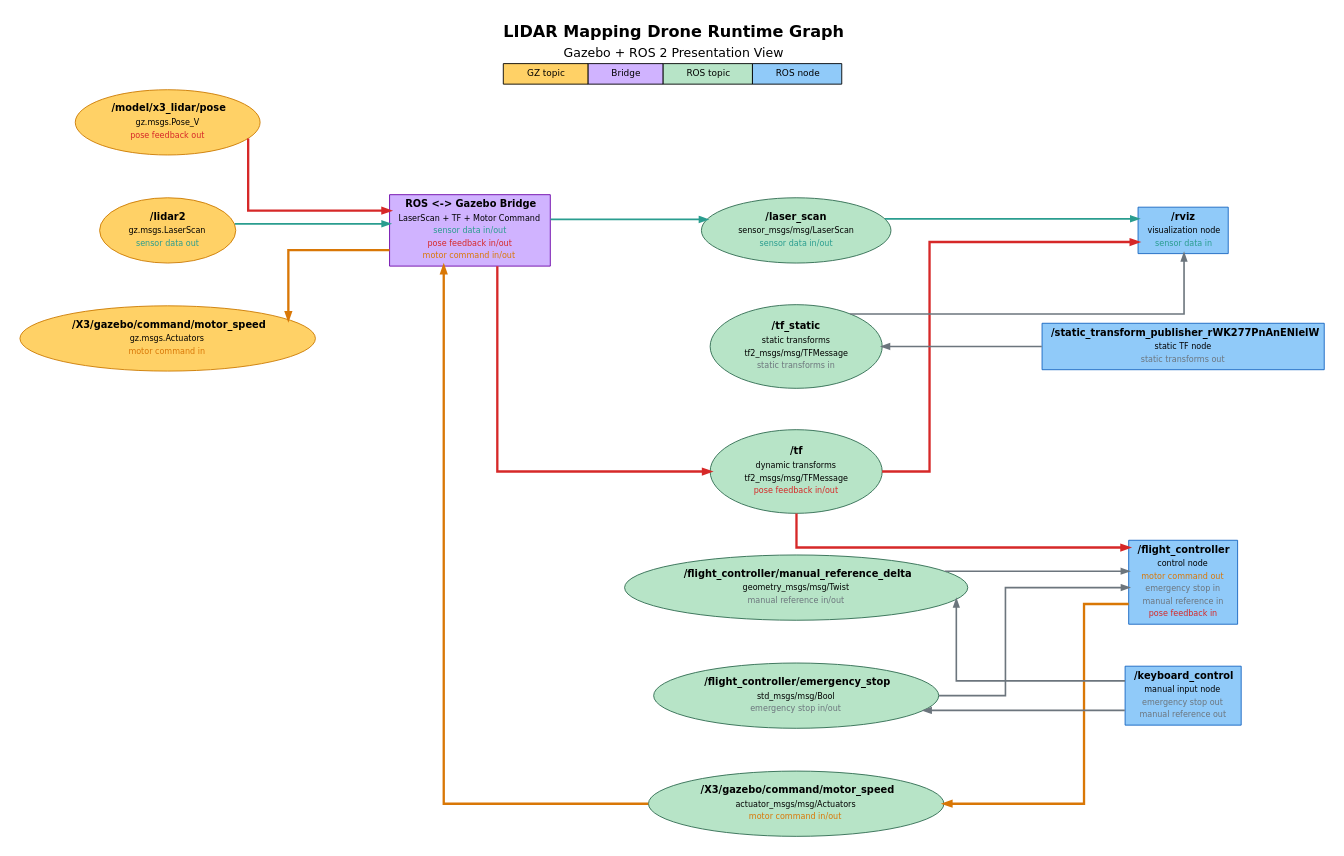
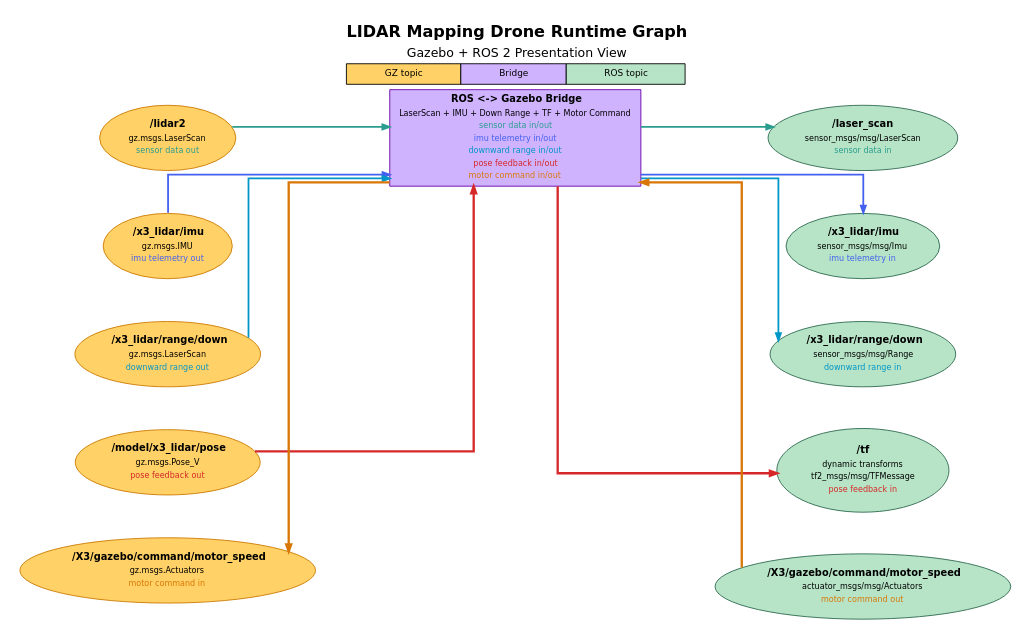
The diagram in tools/generated/ros_gz_system_graph.dot (KelennaUdo/LIDAR_mapping_drone), drawn with Graphviz before and after one commit. The commit also changed 27 other files, not shown here.

```diff
--- a/tools/generated/ros_gz_system_graph.dot
+++ b/tools/generated/ros_gz_system_graph.dot
@@ -1,5 +1,5 @@
 digraph RosGzSystemGraph {
-  graph [rankdir=LR, bgcolor="white", pad="0.2", nodesep="0.65", ranksep="1.15", splines="ortho", label=<<TABLE BORDER="0" CELLBORDER="0" CELLSPACING="0"><TR><TD><FONT POINT-SIZE="18"><B>LIDAR Mapping Drone Runtime Graph</B></FONT></TD></TR><TR><TD><FONT POINT-SIZE="14">Gazebo + ROS 2 Presentation View</FONT></TD></TR><TR><TD><TABLE BORDER="0" CELLBORDER="1" CELLSPACING="0" CELLPADDING="5"><TR><TD BGCOLOR="#ffd166"><FONT POINT-SIZE="10">GZ topic</FONT></TD><TD BGCOLOR="#d0b3ff"><FONT POINT-SIZE="10">Bridge</FONT></TD><TD BGCOLOR="#b7e4c7"><FONT POINT-SIZE="10">ROS topic</FONT></TD><TD BGCOLOR="#90caf9"><FONT POINT-SIZE="10">ROS node</FONT></TD></TR></TABLE></TD></TR></TABLE>>, labelloc="t", labeljust="c", fontsize="18", fontname="DejaVu Sans"];
+  graph [rankdir=LR, bgcolor="white", pad="0.2", nodesep="0.65", ranksep="1.15", splines="ortho", label=<<TABLE BORDER="0" CELLBORDER="0" CELLSPACING="0"><TR><TD><FONT POINT-SIZE="18"><B>LIDAR Mapping Drone Runtime Graph</B></FONT></TD></TR><TR><TD><FONT POINT-SIZE="14">Gazebo + ROS 2 Presentation View</FONT></TD></TR><TR><TD><TABLE BORDER="0" CELLBORDER="1" CELLSPACING="0" CELLPADDING="5"><TR><TD BGCOLOR="#ffd166"><FONT POINT-SIZE="10">GZ topic</FONT></TD><TD BGCOLOR="#d0b3ff"><FONT POINT-SIZE="10">Bridge</FONT></TD><TD BGCOLOR="#b7e4c7"><FONT POINT-SIZE="10">ROS topic</FONT></TD></TR></TABLE></TD></TR></TABLE>>, labelloc="t", labeljust="c", fontsize="18", fontname="DejaVu Sans"];
   node [fontname="DejaVu Sans", fontsize="11", style="filled"];
   edge [fontname="DejaVu Sans", fontsize="9", color="#555555", arrowsize="0.8"];
 
@@ -8,6 +8,8 @@
     color="#f4a261";
     style="rounded";
     "gz_topic_lidar2" [label=<<TABLE BORDER="0" CELLBORDER="0" CELLSPACING="0" CELLPADDING="2"><TR><TD><FONT POINT-SIZE="11"><B>/lidar2</B></FONT></TD></TR><TR><TD><FONT POINT-SIZE="9">gz.msgs.LaserScan</FONT></TD></TR><TR><TD><FONT POINT-SIZE="9" COLOR="#2a9d8f">sensor data out</FONT></TD></TR></TABLE>>, shape="ellipse", fillcolor="#ffd166", color="#cc7a00"];
+    "gz_topic_x3_lidar_imu" [label=<<TABLE BORDER="0" CELLBORDER="0" CELLSPACING="0" CELLPADDING="2"><TR><TD><FONT POINT-SIZE="11"><B>/x3_lidar/imu</B></FONT></TD></TR><TR><TD><FONT POINT-SIZE="9">gz.msgs.IMU</FONT></TD></TR><TR><TD><FONT POINT-SIZE="9" COLOR="#4361ee">imu telemetry out</FONT></TD></TR></TABLE>>, shape="ellipse", fillcolor="#ffd166", color="#cc7a00"];
+    "gz_topic_x3_lidar_range_down" [label=<<TABLE BORDER="0" CELLBORDER="0" CELLSPACING="0" CELLPADDING="2"><TR><TD><FONT POINT-SIZE="11"><B>/x3_lidar/range/down</B></FONT></TD></TR><TR><TD><FONT POINT-SIZE="9">gz.msgs.LaserScan</FONT></TD></TR><TR><TD><FONT POINT-SIZE="9" COLOR="#0096c7">downward range out</FONT></TD></TR></TABLE>>, shape="ellipse", fillcolor="#ffd166", color="#cc7a00"];
     "gz_topic_model_x3_lidar_pose" [label=<<TABLE BORDER="0" CELLBORDER="0" CELLSPACING="0" CELLPADDING="2"><TR><TD><FONT POINT-SIZE="11"><B>/model/x3_lidar/pose</B></FONT></TD></TR><TR><TD><FONT POINT-SIZE="9">gz.msgs.Pose_V</FONT></TD></TR><TR><TD><FONT POINT-SIZE="9" COLOR="#d62828">pose feedback out</FONT></TD></TR></TABLE>>, shape="ellipse", fillcolor="#ffd166", color="#cc7a00"];
     "gz_topic_X3_gazebo_command_motor_speed" [label=<<TABLE BORDER="0" CELLBORDER="0" CELLSPACING="0" CELLPADDING="2"><TR><TD><FONT POINT-SIZE="11"><B>/X3/gazebo/command/motor_speed</B></FONT></TD></TR><TR><TD><FONT POINT-SIZE="9">gz.msgs.Actuators</FONT></TD></TR><TR><TD><FONT POINT-SIZE="9" COLOR="#d97706">motor command in</FONT></TD></TR></TABLE>>, shape="ellipse", fillcolor="#ffd166", color="#cc7a00"];
   }
@@ -16,52 +18,39 @@
     label="Bridge";
     color="#9d4edd";
     style="rounded";
-    "bridge_ros_gz_bridge" [label=<<TABLE BORDER="0" CELLBORDER="0" CELLSPACING="0" CELLPADDING="2"><TR><TD><FONT POINT-SIZE="11"><B>ROS &lt;-&gt; Gazebo Bridge</B></FONT></TD></TR><TR><TD><FONT POINT-SIZE="9">LaserScan + TF + Motor Command</FONT></TD></TR><TR><TD><FONT POINT-SIZE="9" COLOR="#2a9d8f">sensor data in/out</FONT></TD></TR><TR><TD><FONT POINT-SIZE="9" COLOR="#d62828">pose feedback in/out</FONT></TD></TR><TR><TD><FONT POINT-SIZE="9" COLOR="#d97706">motor command in/out</FONT></TD></TR></TABLE>>, shape="box", fillcolor="#d0b3ff", color="#6a00a8"];
+    "bridge_ros_gz_bridge" [label=<<TABLE BORDER="0" CELLBORDER="0" CELLSPACING="0" CELLPADDING="2"><TR><TD><FONT POINT-SIZE="11"><B>ROS &lt;-&gt; Gazebo Bridge</B></FONT></TD></TR><TR><TD><FONT POINT-SIZE="9">LaserScan + IMU + Down Range + TF + Motor Command</FONT></TD></TR><TR><TD><FONT POINT-SIZE="9" COLOR="#2a9d8f">sensor data in/out</FONT></TD></TR><TR><TD><FONT POINT-SIZE="9" COLOR="#4361ee">imu telemetry in/out</FONT></TD></TR><TR><TD><FONT POINT-SIZE="9" COLOR="#0096c7">downward range in/out</FONT></TD></TR><TR><TD><FONT POINT-SIZE="9" COLOR="#d62828">pose feedback in/out</FONT></TD></TR><TR><TD><FONT POINT-SIZE="9" COLOR="#d97706">motor command in/out</FONT></TD></TR></TABLE>>, shape="box", fillcolor="#d0b3ff", color="#6a00a8"];
   }
 
   subgraph cluster_ros_topics {
     label="ROS 2 Topics";
     color="#2d6a4f";
     style="rounded";
-    "ros_topic_laser_scan" [label=<<TABLE BORDER="0" CELLBORDER="0" CELLSPACING="0" CELLPADDING="2"><TR><TD><FONT POINT-SIZE="11"><B>/laser_scan</B></FONT></TD></TR><TR><TD><FONT POINT-SIZE="9">sensor_msgs/msg/LaserScan</FONT></TD></TR><TR><TD><FONT POINT-SIZE="9" COLOR="#2a9d8f">sensor data in/out</FONT></TD></TR></TABLE>>, shape="ellipse", fillcolor="#b7e4c7", color="#2d6a4f"];
-    "ros_topic_tf" [label=<<TABLE BORDER="0" CELLBORDER="0" CELLSPACING="0" CELLPADDING="2"><TR><TD><FONT POINT-SIZE="11"><B>/tf</B></FONT></TD></TR><TR><TD><FONT POINT-SIZE="9">dynamic transforms</FONT></TD></TR><TR><TD><FONT POINT-SIZE="9">tf2_msgs/msg/TFMessage</FONT></TD></TR><TR><TD><FONT POINT-SIZE="9" COLOR="#d62828">pose feedback in/out</FONT></TD></TR></TABLE>>, shape="ellipse", fillcolor="#b7e4c7", color="#2d6a4f"];
-    "ros_topic_tf_static" [label=<<TABLE BORDER="0" CELLBORDER="0" CELLSPACING="0" CELLPADDING="2"><TR><TD><FONT POINT-SIZE="11"><B>/tf_static</B></FONT></TD></TR><TR><TD><FONT POINT-SIZE="9">static transforms</FONT></TD></TR><TR><TD><FONT POINT-SIZE="9">tf2_msgs/msg/TFMessage</FONT></TD></TR><TR><TD><FONT POINT-SIZE="9" COLOR="#6c757d">static transforms in</FONT></TD></TR></TABLE>>, shape="ellipse", fillcolor="#b7e4c7", color="#2d6a4f"];
-    "ros_topic_flight_controller_manual_reference_delta" [label=<<TABLE BORDER="0" CELLBORDER="0" CELLSPACING="0" CELLPADDING="2"><TR><TD><FONT POINT-SIZE="11"><B>/flight_controller/manual_reference_delta</B></FONT></TD></TR><TR><TD><FONT POINT-SIZE="9">geometry_msgs/msg/Twist</FONT></TD></TR><TR><TD><FONT POINT-SIZE="9" COLOR="#6c757d">manual reference in/out</FONT></TD></TR></TABLE>>, shape="ellipse", fillcolor="#b7e4c7", color="#2d6a4f"];
-    "ros_topic_flight_controller_emergency_stop" [label=<<TABLE BORDER="0" CELLBORDER="0" CELLSPACING="0" CELLPADDING="2"><TR><TD><FONT POINT-SIZE="11"><B>/flight_controller/emergency_stop</B></FONT></TD></TR><TR><TD><FONT POINT-SIZE="9">std_msgs/msg/Bool</FONT></TD></TR><TR><TD><FONT POINT-SIZE="9" COLOR="#6c757d">emergency stop in/out</FONT></TD></TR></TABLE>>, shape="ellipse", fillcolor="#b7e4c7", color="#2d6a4f"];
-    "ros_topic_X3_gazebo_command_motor_speed" [label=<<TABLE BORDER="0" CELLBORDER="0" CELLSPACING="0" CELLPADDING="2"><TR><TD><FONT POINT-SIZE="11"><B>/X3/gazebo/command/motor_speed</B></FONT></TD></TR><TR><TD><FONT POINT-SIZE="9">actuator_msgs/msg/Actuators</FONT></TD></TR><TR><TD><FONT POINT-SIZE="9" COLOR="#d97706">motor command in/out</FONT></TD></TR></TABLE>>, shape="ellipse", fillcolor="#b7e4c7", color="#2d6a4f"];
+    "ros_topic_laser_scan" [label=<<TABLE BORDER="0" CELLBORDER="0" CELLSPACING="0" CELLPADDING="2"><TR><TD><FONT POINT-SIZE="11"><B>/laser_scan</B></FONT></TD></TR><TR><TD><FONT POINT-SIZE="9">sensor_msgs/msg/LaserScan</FONT></TD></TR><TR><TD><FONT POINT-SIZE="9" COLOR="#2a9d8f">sensor data in</FONT></TD></TR></TABLE>>, shape="ellipse", fillcolor="#b7e4c7", color="#2d6a4f"];
+    "ros_topic_x3_lidar_imu" [label=<<TABLE BORDER="0" CELLBORDER="0" CELLSPACING="0" CELLPADDING="2"><TR><TD><FONT POINT-SIZE="11"><B>/x3_lidar/imu</B></FONT></TD></TR><TR><TD><FONT POINT-SIZE="9">sensor_msgs/msg/Imu</FONT></TD></TR><TR><TD><FONT POINT-SIZE="9" COLOR="#4361ee">imu telemetry in</FONT></TD></TR></TABLE>>, shape="ellipse", fillcolor="#b7e4c7", color="#2d6a4f"];
+    "ros_topic_x3_lidar_range_down" [label=<<TABLE BORDER="0" CELLBORDER="0" CELLSPACING="0" CELLPADDING="2"><TR><TD><FONT POINT-SIZE="11"><B>/x3_lidar/range/down</B></FONT></TD></TR><TR><TD><FONT POINT-SIZE="9">sensor_msgs/msg/Range</FONT></TD></TR><TR><TD><FONT POINT-SIZE="9" COLOR="#0096c7">downward range in</FONT></TD></TR></TABLE>>, shape="ellipse", fillcolor="#b7e4c7", color="#2d6a4f"];
+    "ros_topic_tf" [label=<<TABLE BORDER="0" CELLBORDER="0" CELLSPACING="0" CELLPADDING="2"><TR><TD><FONT POINT-SIZE="11"><B>/tf</B></FONT></TD></TR><TR><TD><FONT POINT-SIZE="9">dynamic transforms</FONT></TD></TR><TR><TD><FONT POINT-SIZE="9">tf2_msgs/msg/TFMessage</FONT></TD></TR><TR><TD><FONT POINT-SIZE="9" COLOR="#d62828">pose feedback in</FONT></TD></TR></TABLE>>, shape="ellipse", fillcolor="#b7e4c7", color="#2d6a4f"];
+    "ros_topic_X3_gazebo_command_motor_speed" [label=<<TABLE BORDER="0" CELLBORDER="0" CELLSPACING="0" CELLPADDING="2"><TR><TD><FONT POINT-SIZE="11"><B>/X3/gazebo/command/motor_speed</B></FONT></TD></TR><TR><TD><FONT POINT-SIZE="9">actuator_msgs/msg/Actuators</FONT></TD></TR><TR><TD><FONT POINT-SIZE="9" COLOR="#d97706">motor command out</FONT></TD></TR></TABLE>>, shape="ellipse", fillcolor="#b7e4c7", color="#2d6a4f"];
   }
 
   subgraph cluster_ros_nodes {
     label="ROS 2 Nodes";
     color="#1976d2";
     style="rounded";
-    "ros_node_flight_controller" [label=<<TABLE BORDER="0" CELLBORDER="0" CELLSPACING="0" CELLPADDING="2"><TR><TD><FONT POINT-SIZE="11"><B>/flight_controller</B></FONT></TD></TR><TR><TD><FONT POINT-SIZE="9">control node</FONT></TD></TR><TR><TD><FONT POINT-SIZE="9" COLOR="#d97706">motor command out</FONT></TD></TR><TR><TD><FONT POINT-SIZE="9" COLOR="#6c757d">emergency stop in</FONT></TD></TR><TR><TD><FONT POINT-SIZE="9" COLOR="#6c757d">manual reference in</FONT></TD></TR><TR><TD><FONT POINT-SIZE="9" COLOR="#d62828">pose feedback in</FONT></TD></TR></TABLE>>, shape="box", fillcolor="#90caf9", color="#1565c0"];
-    "ros_node_keyboard_control" [label=<<TABLE BORDER="0" CELLBORDER="0" CELLSPACING="0" CELLPADDING="2"><TR><TD><FONT POINT-SIZE="11"><B>/keyboard_control</B></FONT></TD></TR><TR><TD><FONT POINT-SIZE="9">manual input node</FONT></TD></TR><TR><TD><FONT POINT-SIZE="9" COLOR="#6c757d">emergency stop out</FONT></TD></TR><TR><TD><FONT POINT-SIZE="9" COLOR="#6c757d">manual reference out</FONT></TD></TR></TABLE>>, shape="box", fillcolor="#90caf9", color="#1565c0"];
-    "ros_node_rviz" [label=<<TABLE BORDER="0" CELLBORDER="0" CELLSPACING="0" CELLPADDING="2"><TR><TD><FONT POINT-SIZE="11"><B>/rviz</B></FONT></TD></TR><TR><TD><FONT POINT-SIZE="9">visualization node</FONT></TD></TR><TR><TD><FONT POINT-SIZE="9" COLOR="#2a9d8f">sensor data in</FONT></TD></TR></TABLE>>, shape="box", fillcolor="#90caf9", color="#1565c0"];
-    "ros_node_static_transform_publisher_rWK277PnAnENlelW" [label=<<TABLE BORDER="0" CELLBORDER="0" CELLSPACING="0" CELLPADDING="2"><TR><TD><FONT POINT-SIZE="11"><B>/static_transform_publisher_rWK277PnAnENlelW</B></FONT></TD></TR><TR><TD><FONT POINT-SIZE="9">static TF node</FONT></TD></TR><TR><TD><FONT POINT-SIZE="9" COLOR="#6c757d">static transforms out</FONT></TD></TR></TABLE>>, shape="box", fillcolor="#90caf9", color="#1565c0"];
   }
 
-  { rank=same; "gz_topic_lidar2"; "gz_topic_model_x3_lidar_pose"; "gz_topic_X3_gazebo_command_motor_speed"; }
+  { rank=same; "gz_topic_lidar2"; "gz_topic_x3_lidar_imu"; "gz_topic_x3_lidar_range_down"; "gz_topic_model_x3_lidar_pose"; "gz_topic_X3_gazebo_command_motor_speed"; }
   { rank=same; "bridge_ros_gz_bridge"; }
-  { rank=same; "ros_topic_laser_scan"; "ros_topic_tf"; "ros_topic_tf_static"; "ros_topic_flight_controller_manual_reference_delta"; "ros_topic_flight_controller_emergency_stop"; "ros_topic_X3_gazebo_command_motor_speed"; }
-  { rank=same; "ros_node_flight_controller"; "ros_node_keyboard_control"; "ros_node_rviz"; "ros_node_static_transform_publisher_rWK277PnAnENlelW"; }
+  { rank=same; "ros_topic_laser_scan"; "ros_topic_x3_lidar_imu"; "ros_topic_x3_lidar_range_down"; "ros_topic_tf"; "ros_topic_X3_gazebo_command_motor_speed"; }
   "gz_topic_lidar2" -> "bridge_ros_gz_bridge" [style="invis", weight="80"];
   "bridge_ros_gz_bridge" -> "ros_topic_laser_scan" [style="invis", weight="80"];
-  "ros_topic_laser_scan" -> "ros_node_rviz" [style="invis", weight="80"];
   "gz_topic_lidar2" -> "bridge_ros_gz_bridge" [color="#2a9d8f", penwidth="2.0", tooltip="/lidar2 -> ROS <-> Gazebo Bridge\nSignal: sensor data"];
   "bridge_ros_gz_bridge" -> "ros_topic_laser_scan" [color="#2a9d8f", penwidth="2.0", tooltip="ROS <-> Gazebo Bridge -> /laser_scan\nSignal: sensor data"];
+  "gz_topic_x3_lidar_imu" -> "bridge_ros_gz_bridge" [color="#4361ee", penwidth="2.0", tooltip="/x3_lidar/imu -> ROS <-> Gazebo Bridge\nSignal: imu telemetry"];
+  "bridge_ros_gz_bridge" -> "ros_topic_x3_lidar_imu" [color="#4361ee", penwidth="2.0", tooltip="ROS <-> Gazebo Bridge -> /x3_lidar/imu\nSignal: imu telemetry"];
+  "gz_topic_x3_lidar_range_down" -> "bridge_ros_gz_bridge" [color="#0096c7", penwidth="2.0", tooltip="/x3_lidar/range/down -> ROS <-> Gazebo Bridge\nSignal: downward range"];
+  "bridge_ros_gz_bridge" -> "ros_topic_x3_lidar_range_down" [color="#0096c7", penwidth="2.0", tooltip="ROS <-> Gazebo Bridge -> /x3_lidar/range/down\nSignal: downward range"];
   "gz_topic_model_x3_lidar_pose" -> "bridge_ros_gz_bridge" [color="#d62828", penwidth="2.6", tooltip="/model/x3_lidar/pose -> ROS <-> Gazebo Bridge\nSignal: pose feedback"];
   "bridge_ros_gz_bridge" -> "ros_topic_tf" [color="#d62828", penwidth="2.6", tooltip="ROS <-> Gazebo Bridge -> /tf\nSignal: pose feedback"];
   "ros_topic_X3_gazebo_command_motor_speed" -> "bridge_ros_gz_bridge" [color="#d97706", penwidth="2.6", constraint="false", tooltip="/X3/gazebo/command/motor_speed -> ROS <-> Gazebo Bridge\nSignal: motor command"];
   "bridge_ros_gz_bridge" -> "gz_topic_X3_gazebo_command_motor_speed" [color="#d97706", penwidth="2.6", constraint="false", tooltip="ROS <-> Gazebo Bridge -> /X3/gazebo/command/motor_speed\nSignal: motor command"];
-  "ros_node_flight_controller" -> "ros_topic_X3_gazebo_command_motor_speed" [color="#d97706", penwidth="2.6", constraint="false", tooltip="/flight_controller -> /X3/gazebo/command/motor_speed\nSignal: motor command"];
-  "ros_topic_flight_controller_emergency_stop" -> "ros_node_flight_controller" [color="#6c757d", penwidth="1.8", tooltip="/flight_controller/emergency_stop -> /flight_controller\nSignal: emergency stop"];
-  "ros_topic_flight_controller_manual_reference_delta" -> "ros_node_flight_controller" [color="#6c757d", penwidth="1.8", tooltip="/flight_controller/manual_reference_delta -> /flight_controller\nSignal: manual reference"];
-  "ros_topic_tf" -> "ros_node_flight_controller" [color="#d62828", penwidth="2.6", tooltip="/tf -> /flight_controller\nSignal: pose feedback"];
-  "ros_node_keyboard_control" -> "ros_topic_flight_controller_emergency_stop" [color="#6c757d", penwidth="1.8", tooltip="/keyboard_control -> /flight_controller/emergency_stop\nSignal: emergency stop"];
-  "ros_node_keyboard_control" -> "ros_topic_flight_controller_manual_reference_delta" [color="#6c757d", penwidth="1.8", tooltip="/keyboard_control -> /flight_controller/manual_reference_delta\nSignal: manual reference"];
-  "ros_topic_laser_scan" -> "ros_node_rviz" [color="#2a9d8f", penwidth="2.0", tooltip="/laser_scan -> /rviz\nSignal: sensor data"];
-  "ros_node_static_transform_publisher_rWK277PnAnENlelW" -> "ros_topic_tf_static" [color="#6c757d", penwidth="1.8", tooltip="/static_transform_publisher_rWK277PnAnENlelW -> /tf_static\nSignal: static transforms"];
-  "ros_topic_tf" -> "ros_node_rviz" [color="#d62828", penwidth="2.6", tooltip="/tf -> /rviz\nSignal: pose feedback"];
-  "ros_topic_tf_static" -> "ros_node_rviz" [color="#6c757d", penwidth="1.8", tooltip="/tf_static -> /rviz\nSignal: static transforms"];
 }
```
